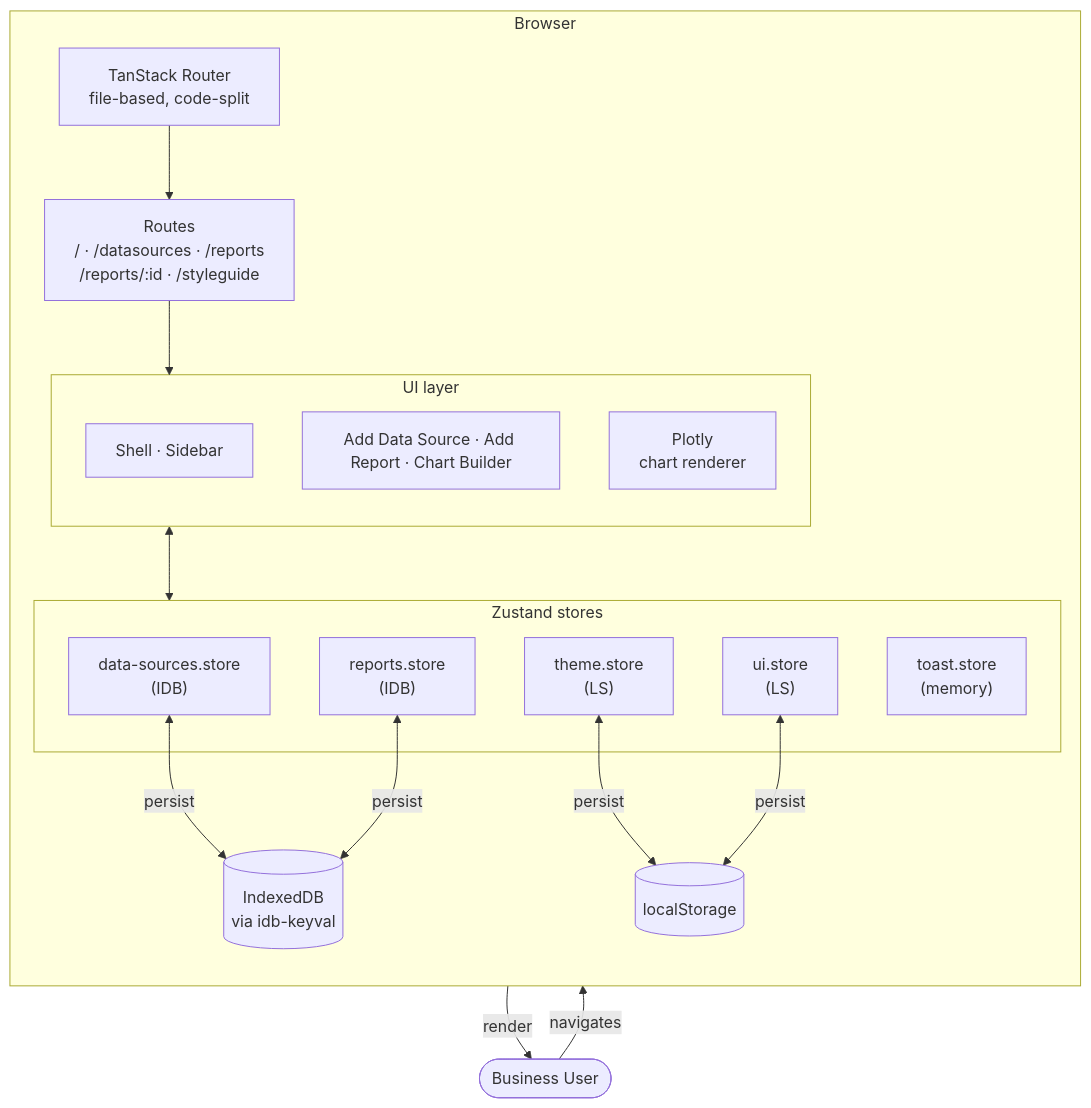
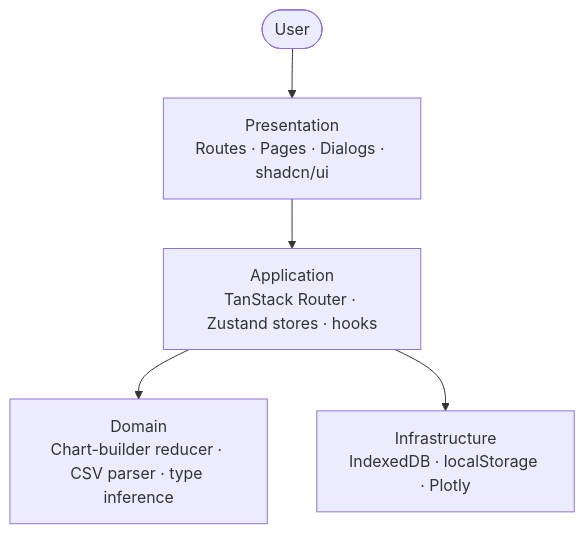
Before and after one commit to aadarsh10c/insight-flow: the diagram in docs/submission/ARCHITECTURE.md, drawn with Mermaid. The commit also changed other lines of this file, not shown here.

First line of the commit message:
docs(submission): rewrite ARCHITECTURE around 4-layer diagram and full repo tree

````diff
--- a/docs/submission/ARCHITECTURE.md
+++ b/docs/submission/ARCHITECTURE.md
@@ -17,37 +11,13 @@
 ```mermaid
 flowchart TB
-    User([Business User])
+    User([User])
+    P["Presentation<br/>Routes · Pages · Dialogs · shadcn/ui"]
+    A["Application<br/>TanStack Router · Zustand stores · hooks"]
+    D["Domain<br/>Chart-builder reducer · CSV parser · type inference"]
+    I["Infrastructure<br/>IndexedDB · localStorage · Plotly"]
 
-    subgraph Browser
-      direction TB
-      Router["TanStack Router<br/>file-based, code-split"]
-      Routes["Routes<br/>/ · /datasources · /reports<br/>/reports/:id · /styleguide"]
-
-      subgraph State["Zustand stores"]
-        DS["data-sources.store<br/>(IDB)"]
-        R["reports.store<br/>(IDB)"]
-        T["theme.store<br/>(LS)"]
-        U["ui.store<br/>(LS)"]
-        Toast["toast.store<br/>(memory)"]
-      end
-
-      subgraph UI["UI layer"]
-        Shell["Shell · Sidebar"]
-        Dialogs["Add Data Source · Add Report · Chart Builder"]
-        Plotly["Plotly<br/>chart renderer"]
-      end
-
-      IDB[("IndexedDB<br/>via idb-keyval")]
-      LS[("localStorage")]
-    end
-
-    User -->|navigates| Router
-    Router --> Routes
-    Routes --> UI
-    UI <--> State
-    DS <-->|persist| IDB
-    R <-->|persist| IDB
-    T <-->|persist| LS
-    U <-->|persist| LS
-    Plotly -->|render| User
+    User --> P
+    P --> A
+    A --> D
+    A --> I
 ```
````
